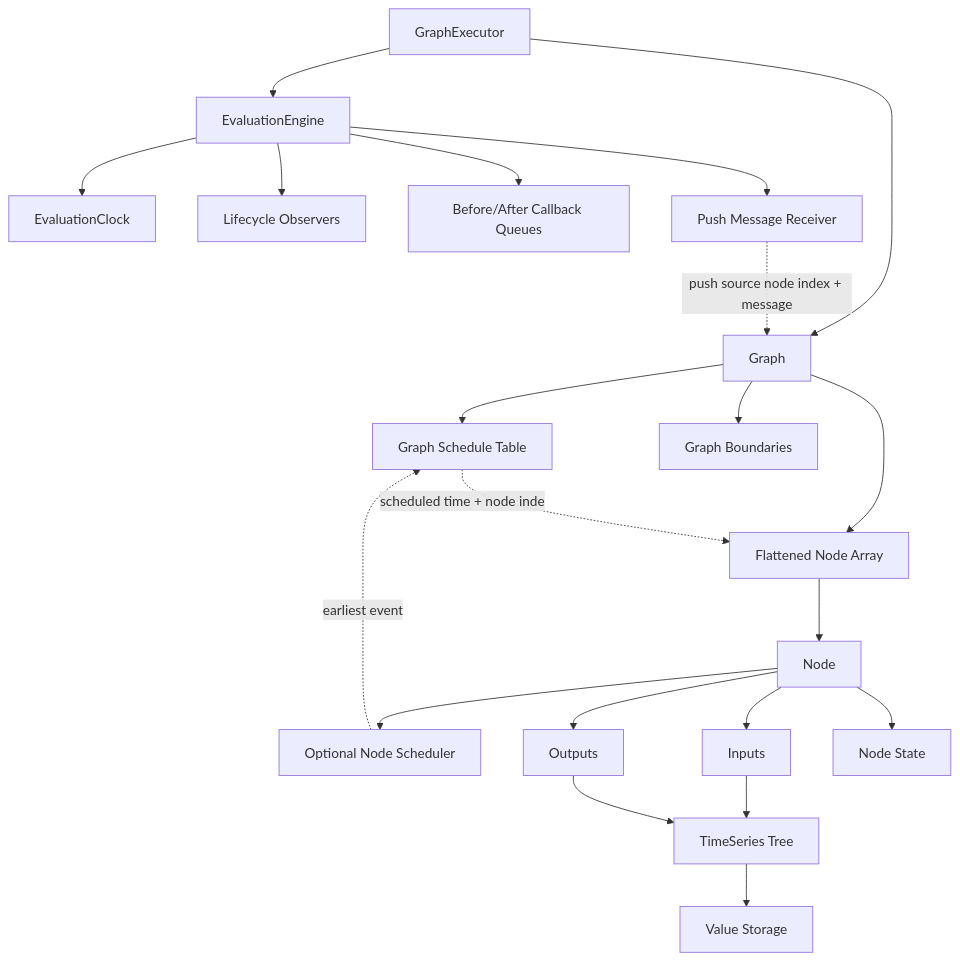
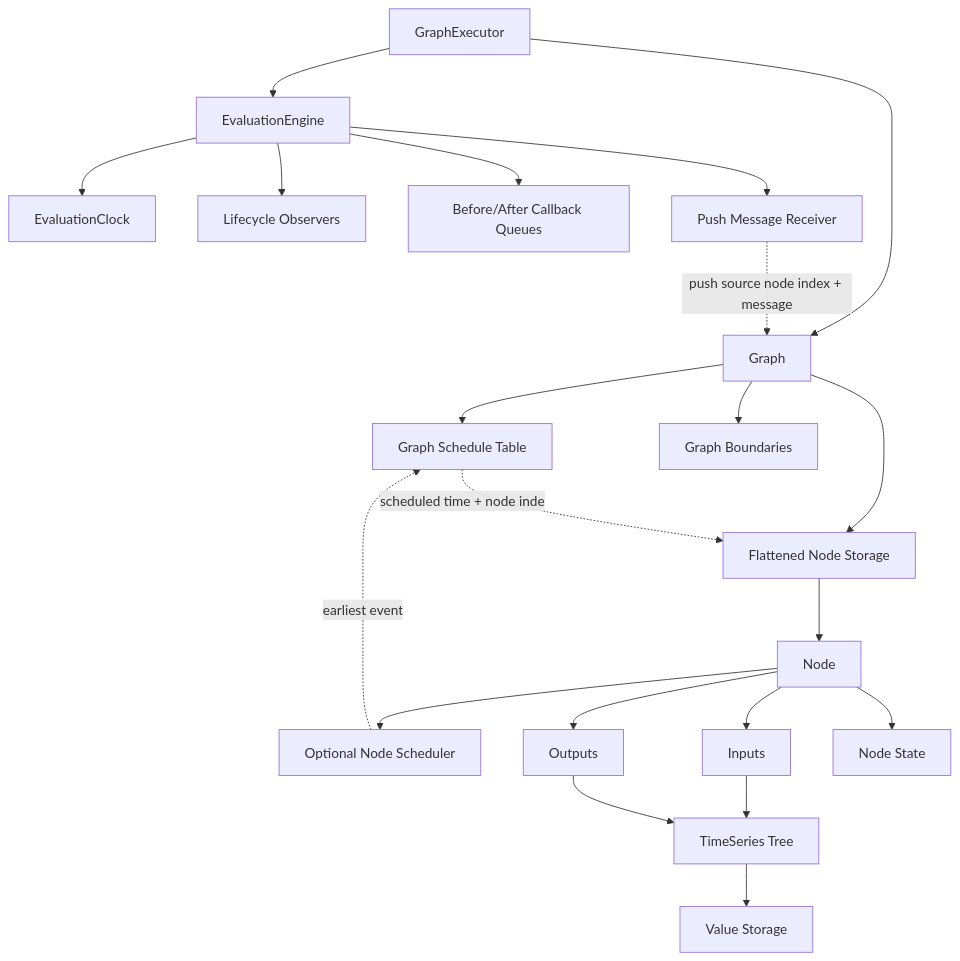
The first of 2 diagrams in docs/source/developer_guide/data_structures/overview/structural_layers.rst (hhenson/hg_cpp), drawn with Mermaid before and after one commit. The commit also changed other lines of this file and 7 other files, not shown here.

Commit message:
Store graph node payloads in graph storage

```diff
--- a/docs/source/developer_guide/data_structures/overview/structural_layers.rst
+++ b/docs/source/developer_guide/data_structures/overview/structural_layers.rst
@@ -36,41 +36,41 @@
 .. mermaid::
 
    flowchart TD
       Executor[GraphExecutor]
       Engine[EvaluationEngine]
       Clock[EvaluationClock]
       Observers[Lifecycle Observers]
       Callbacks[Before/After Callback Queues]
       Receiver[Push Message Receiver]
       Graph[Graph]
       Schedule[Graph Schedule Table]
-      Nodes[Flattened Node Array]
+      Nodes[Flattened Node Storage]
       Boundaries[Graph Boundaries]
       Node[Node]
       NodeScheduler[Optional Node Scheduler]
       Inputs[Inputs]
       Outputs[Outputs]
       State[Node State]
       TS[TimeSeries Tree]
       Value[Value Storage]
 
       Executor --> Engine
       Executor --> Graph
       Engine --> Clock
       Engine --> Observers
       Engine --> Callbacks
       Engine --> Receiver
       Graph --> Schedule
       Graph --> Nodes
       Graph --> Boundaries
       Nodes --> Node
       Node --> NodeScheduler
       Node --> Inputs
       Node --> Outputs
       Node --> State
       Inputs --> TS
       Outputs --> TS
       TS --> Value
       Receiver -.push source node index + message.-> Graph
       NodeScheduler -.earliest event.-> Schedule
       Schedule -.scheduled time + node index.-> Nodes
```
